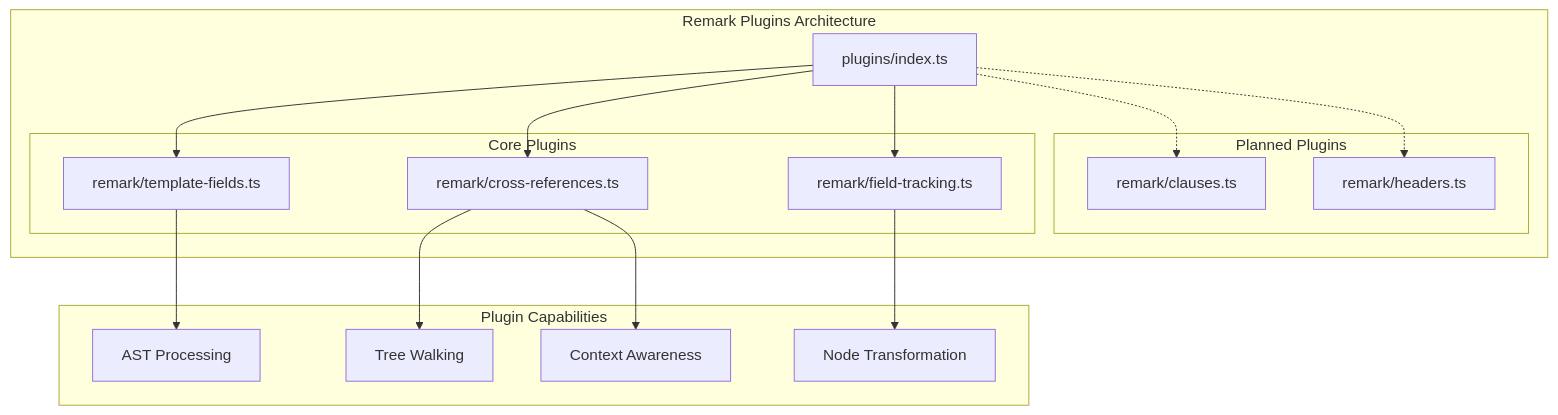
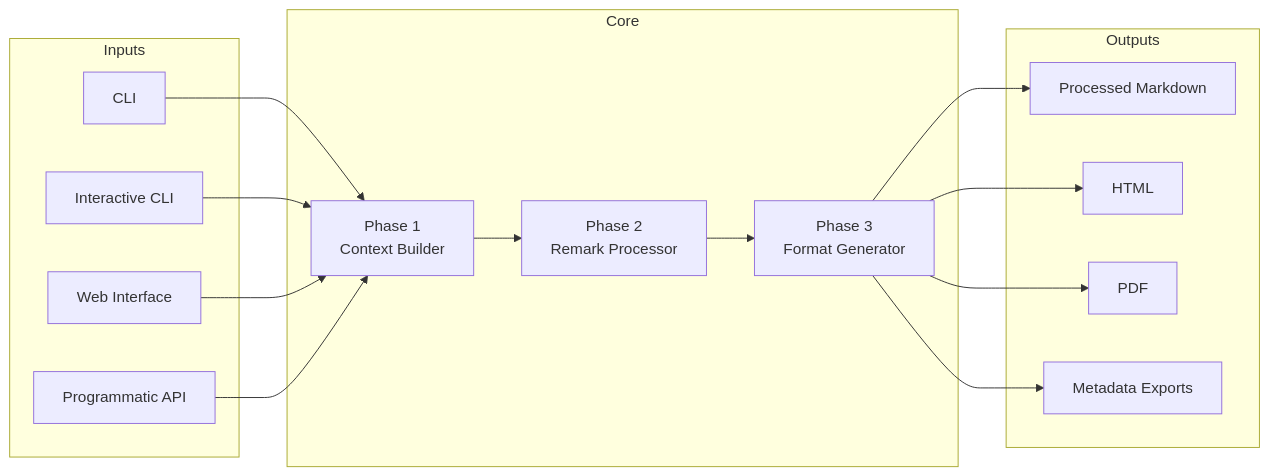
The diagram in docs/architecture/02_core_system.md (petalo/legal-markdown-js), drawn with Mermaid before and after one commit. The commit also changed other lines of this file and 56 other files, not shown here.

First line of the commit message:
refactor: implement 3-phase pipeline with HTML reuse optimization (#132)

````diff
--- a/docs/architecture/02_core_system.md
+++ b/docs/architecture/02_core_system.md
@@ -160,35 +14,34 @@
 ```mermaid
-graph TB
-    subgraph "Remark Plugins Architecture"
-        PLUGINS[plugins/index.ts]
-
-        subgraph "Core Plugins"
-            TEMPLATE[remark/template-fields.ts]
-            CROSS_REF[remark/cross-references.ts]
-            FIELD_TRACK[remark/field-tracking.ts]
-        end
-
-        subgraph "Planned Plugins"
-            CLAUSES[remark/clauses.ts]
-            HEADERS[remark/headers.ts]
-        end
+graph LR
+    subgraph Inputs
+        CLI[CLI]
+        INTERACTIVE[Interactive CLI]
+        WEB[Web Interface]
+        API[Programmatic API]
     end
 
-    PLUGINS --> TEMPLATE
-    PLUGINS --> CROSS_REF
-    PLUGINS --> FIELD_TRACK
-    PLUGINS -.-> CLAUSES
-    PLUGINS -.-> HEADERS
-
-    subgraph "Plugin Capabilities"
-        AST_PROC[AST Processing]
-        TREE_WALK[Tree Walking]
-        NODE_TRANS[Node Transformation]
-        CONTEXT_AWARE[Context Awareness]
+    subgraph Core
+        P1[Phase 1\nContext Builder]
+        P2[Phase 2\nRemark Processor]
+        P3[Phase 3\nFormat Generator]
     end
 
-    TEMPLATE --> AST_PROC
-    CROSS_REF --> TREE_WALK
-    FIELD_TRACK --> NODE_TRANS
-    CROSS_REF --> CONTEXT_AWARE
+    subgraph Outputs
+        MD[Processed Markdown]
+        HTML[HTML]
+        PDF[PDF]
+        META[Metadata Exports]
+    end
+
+    CLI --> P1
+    INTERACTIVE --> P1
+    WEB --> P1
+    API --> P1
+
+    P1 --> P2 --> P3
+
+    P3 --> MD
+    P3 --> HTML
+    P3 --> PDF
+    P3 --> META
 ```
````
